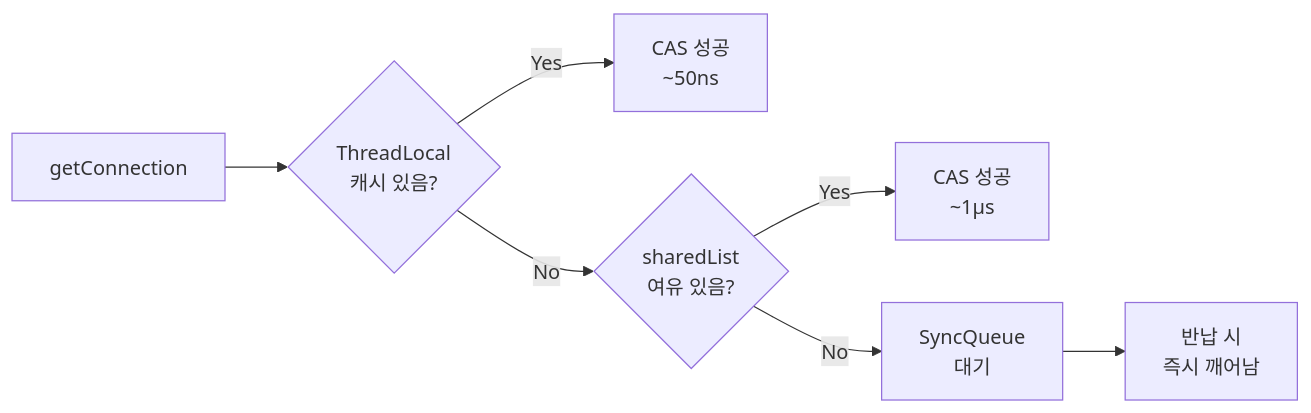
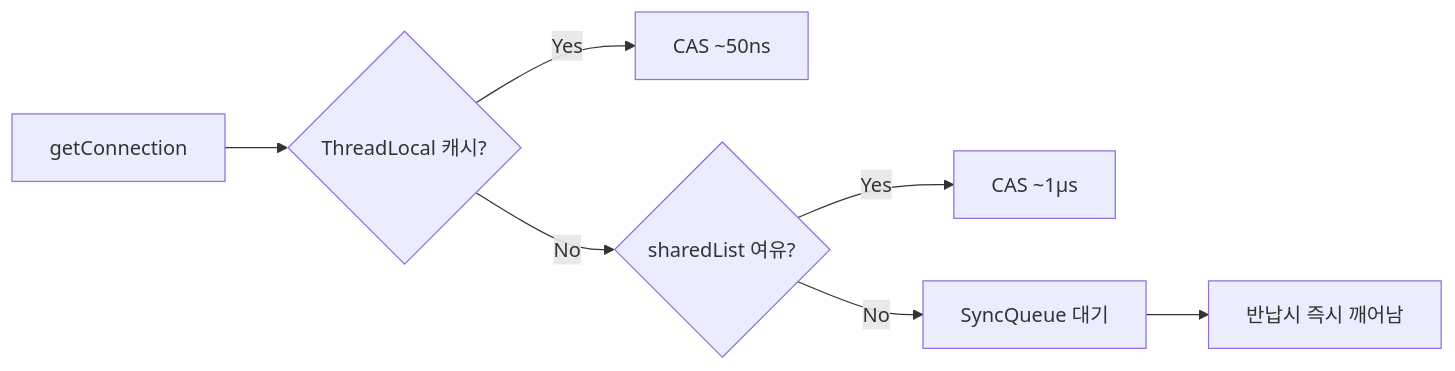
One commit to yjkim2015/yjkim2015.github.io changed the second of 7 diagrams in _posts/db/2026-05-01-db-connection-pool.md. Above: the diagram before and after it, drawn with Mermaid. The commit also changed other lines of this file and 245 other files, not shown here.

First line of the commit message:
Mermaid 다이어그램 전면 수정 + 면접 포인트 접기/펼치기 + DB 데드락 페이지

````diff
--- a/_posts/db/2026-05-01-db-connection-pool.md
+++ b/_posts/db/2026-05-01-db-connection-pool.md
@@ -215,9 +215,9 @@
 ```mermaid
 graph LR
-    A[getConnection] --> B{ThreadLocal<br/>캐시 있음?}
-    B -- Yes --> C[CAS 성공<br/>~50ns]
-    B -- No --> D{sharedList<br/>여유 있음?}
-    D -- Yes --> E[CAS 성공<br/>~1μs]
-    D -- No --> F[SyncQueue<br/>대기]
-    F --> G[반납 시<br/>즉시 깨어남]
+    A["getConnection"] --> B{"ThreadLocal 캐시?"}
+    B -- Yes --> C["CAS ~50ns"]
+    B -- No --> D{"sharedList 여유?"}
+    D -- Yes --> E["CAS ~1μs"]
+    D -- No --> F["SyncQueue 대기"]
+    F --> G["반납시 즉시 깨어남"]
 ```
````
